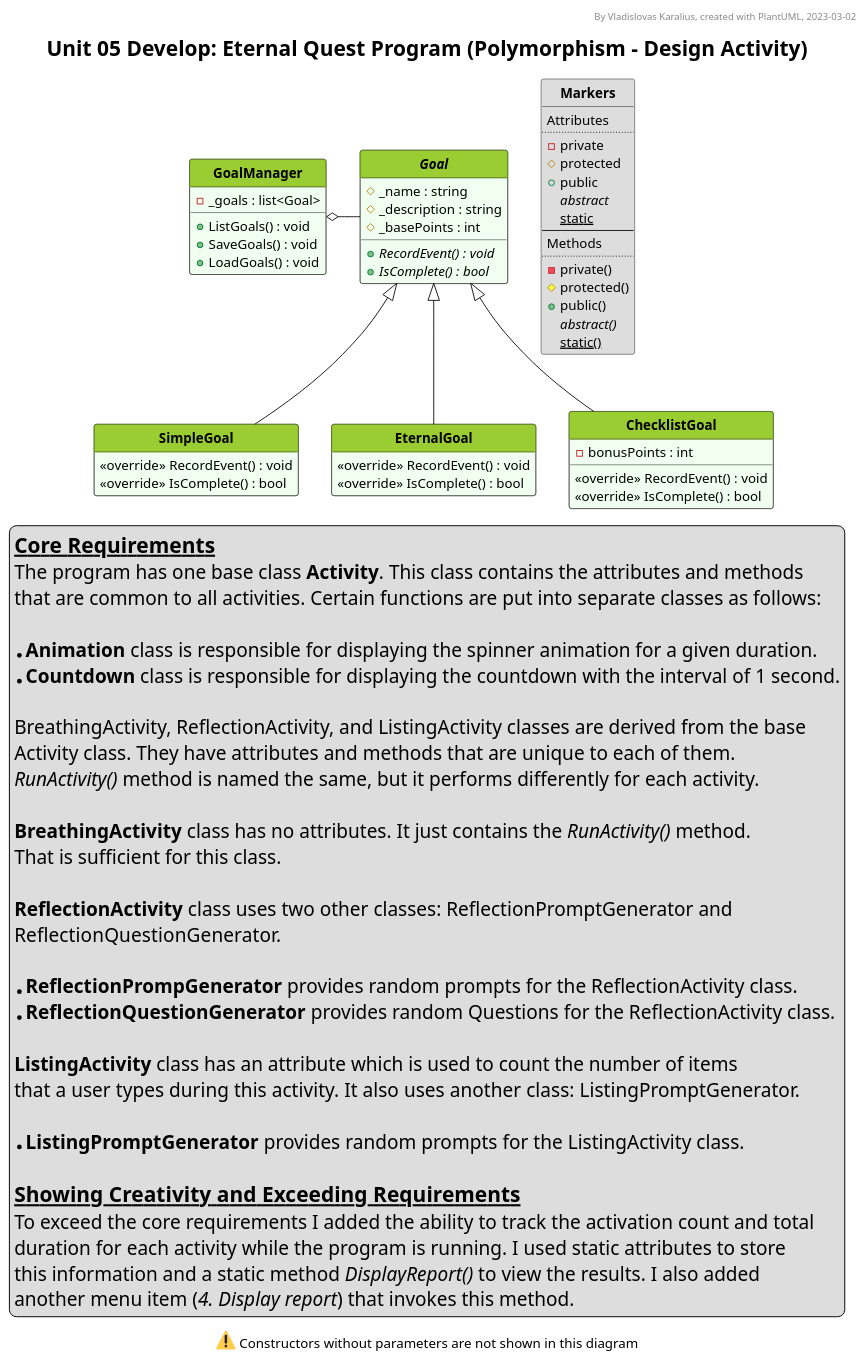
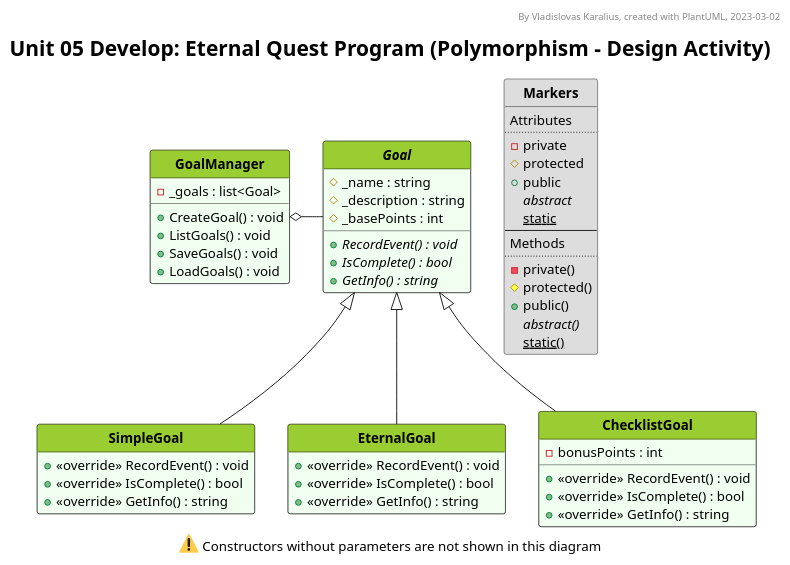
One commit to VladKaralius/cse210-projects changed the diagram in prove/Develop05/UML_diagram.pu. Above: the diagram before and after it, drawn with PlantUML.

Commit message:
Upadated with GetInfo() method

```diff
--- a/prove/Develop05/UML_diagram.pu
+++ b/prove/Develop05/UML_diagram.pu
@@ -1,187 +1,192 @@
 @startuml UML_diagram
 
 '--Formatting options--
 hide circle
 hide empty members
 'skinparam classAttributeIconSize 0
 skinparam style strictuml
 'skinparam groupInheritance 2
 'skinparam linetype ortho
 'skinparam Nodesep 15
 'skinparam Ranksep 25
 'left to right direction
 
 '--Styling--
 'skinparam BackgroundColor White/LightGreen
 skinparam TitleFontSize 22
 
 <style>
 classDiagram {
   class {
     '-attributes and methods-
     'FontSize 14
     'FontColor black
     'BackgroundColor #fefece
     BackgroundColor #f0fff0
     'RoundCorner 0
     '-class name-
     header {
       'FontSize 12
       'FontColor Black
       FontStyle bold
       BackgroundColor YellowGreen
     }
   }
   note {
     BackgroundColor Yellow
   }
   legend {
     FontSize 20
   }
 </style>
 
 '--Header, title, caption--
 header By Vladislovas Karalius, created with PlantUML, 2023-03-02
 title Unit 05 Develop: Eternal Quest Program (Polymorphism - Design Activity)
 caption <:warning:> Constructors without parameters are not shown in this diagram
 
 ' Dummy class that explains visibility symbols
 class Markers #dddddd {
 Attributes
 ..
 - private
 # protected
 + public
 {abstract} abstract
 {static} static
 --
 Methods
 ..
 - private()
 # protected()
 + public()
 {abstract} abstract()
 {static} static()
 }
 
 'Goal -right[hidden]- Markers
 
 '--Main--
 class GoalManager{
   - _goals : list<Goal>
+  + CreateGoal() : void
   + ListGoals() : void
   + SaveGoals() : void
   + LoadGoals() : void
 
 }
 GoalManager o- Goal
 
 
 abstract class Goal {
   # _name : string
   # _description : string
   # _basePoints : int
 
   + {abstract} RecordEvent() : void
   + {abstract} IsComplete() : bool
+  + {abstract} GetInfo() : string
 }
 
 class SimpleGoal extends Goal {
-  <<override>> RecordEvent() : void
-  <<override>> IsComplete() : bool
+  + <<override>> RecordEvent() : void
+  + <<override>> IsComplete() : bool
+  + <<override>> GetInfo() : string
 }
 
 class EternalGoal extends Goal {
-  <<override>> RecordEvent() : void
-  <<override>> IsComplete() : bool
+  + <<override>> RecordEvent() : void
+  + <<override>> IsComplete() : bool
+  + <<override>> GetInfo() : string
 }
 
 class ChecklistGoal extends Goal {
   - bonusPoints : int
-  <<override>> RecordEvent() : void
-  <<override>> IsComplete() : bool
+  + <<override>> RecordEvent() : void
+  + <<override>> IsComplete() : bool
+  + <<override>> GetInfo() : string
 }
 
 ' class BreathingActivity {
 '   + RunActivity() : void
 ' }
 
 ' class ReflectionActivity {
 '   - _reflectionPromptGenerator : ReflectionPromptGenerator
 '   - _reflectionQuestionGenerator : ReflectionQuestionGenerator
 '   + RunActivity() : void
 ' }
 
 ' class ListingActivity {
 '   - _listingPromptGenerator : ListingPromptGenerator
 '   - _itemCount : int
 '   + RunActivity() : void
 ' }
 
 ' class ReflectionPromptGenerator {
 '   - _reflectionPrompts : List<string>
 '   + GetPrompt() : string
 ' }
 
 ' class ReflectionQuestionGenerator {
 '   - _reflectionQuestions : List<string>
 '   + GetQuestion() : string
 ' }
 
 ' class ListingPromptGenerator {
 '   - _listingPrompts : List<string>
 '   + GetPrompt() : string
 ' }
 
 ' class Animation <<auxiliary>> {
 '   + Display(duration : int) : void
 ' }
 
 ' class Countdown <<auxiliary>> {
 '   + Display(duration : int) : void
 ' }
 
 ' Activity <|-- BreathingActivity
 ' Activity <|-- ReflectionActivity
 ' Activity <|-- ListingActivity
 ' ReflectionActivity ..> ReflectionPromptGenerator
 ' ReflectionActivity ..> ReflectionQuestionGenerator
 ' ListingActivity ..> ListingPromptGenerator
 ' Activity .left.> Animation
 ' Activity .right.> Countdown
 
 '--Description--
-legend bottom
-<size:22>__**Core Requirements**__
-The program has one base class **Activity**. This class contains the attributes and methods
-that are common to all activities. Certain functions are put into separate classes as follows:
+' legend bottom
+' <size:22>__**Core Requirements**__
+' The program has one base class **Activity**. This class contains the attributes and methods
+' that are common to all activities. Certain functions are put into separate classes as follows:
 
-* **Animation** class is responsible for displaying the spinner animation for a given duration.
-* **Countdown** class is responsible for displaying the countdown with the interval of 1 second.
+' * **Animation** class is responsible for displaying the spinner animation for a given duration.
+' * **Countdown** class is responsible for displaying the countdown with the interval of 1 second.
 
-BreathingActivity, ReflectionActivity, and ListingActivity classes are derived from the base
-Activity class. They have attributes and methods that are unique to each of them.
-//RunActivity()// method is named the same, but it performs differently for each activity.
+' BreathingActivity, ReflectionActivity, and ListingActivity classes are derived from the base
+' Activity class. They have attributes and methods that are unique to each of them.
+' //RunActivity()// method is named the same, but it performs differently for each activity.
 
-**BreathingActivity** class has no attributes. It just contains the //RunActivity()// method.
-That is sufficient for this class.
+' **BreathingActivity** class has no attributes. It just contains the //RunActivity()// method.
+' That is sufficient for this class.
 
-**ReflectionActivity** class uses two other classes: ReflectionPromptGenerator and
-ReflectionQuestionGenerator.
+' **ReflectionActivity** class uses two other classes: ReflectionPromptGenerator and
+' ReflectionQuestionGenerator.
 
-* **ReflectionPrompGenerator** provides random prompts for the ReflectionActivity class.
-* **ReflectionQuestionGenerator** provides random Questions for the ReflectionActivity class.
+' * **ReflectionPrompGenerator** provides random prompts for the ReflectionActivity class.
+' * **ReflectionQuestionGenerator** provides random Questions for the ReflectionActivity class.
 
-**ListingActivity** class has an attribute which is used to count the number of items
-that a user types during this activity. It also uses another class: ListingPromptGenerator.
+' **ListingActivity** class has an attribute which is used to count the number of items
+' that a user types during this activity. It also uses another class: ListingPromptGenerator.
 
-* **ListingPromptGenerator** provides random prompts for the ListingActivity class.
+' * **ListingPromptGenerator** provides random prompts for the ListingActivity class.
 
-<size:22>__**Showing Creativity and Exceeding Requirements**__
-To exceed the core requirements I added the ability to track the activation count and total
-duration for each activity while the program is running. I used static attributes to store
-this information and a static method //DisplayReport()// to view the results. I also added
-another menu item (//4. Display report//) that invokes this method.
-endlegend
+' <size:22>__**Showing Creativity and Exceeding Requirements**__
+' To exceed the core requirements I added the ability to track the activation count and total
+' duration for each activity while the program is running. I used static attributes to store
+' this information and a static method //DisplayReport()// to view the results. I also added
+' another menu item (//4. Display report//) that invokes this method.
+' endlegend
 
 @enduml
```
